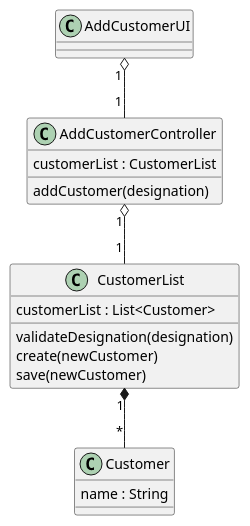
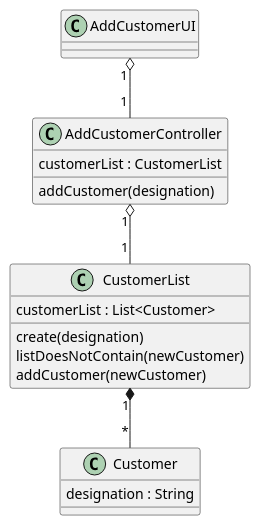
The diagram in docs/modelling_design/user_stories/us009/US009_AddACustomerCD.puml (ivo-menezes/project_g3), drawn with PlantUML before and after one commit. The commit also changed 1 other file, not shown here.

```diff
--- a/docs/modelling_design/user_stories/us009/US009_AddACustomerCD.puml
+++ b/docs/modelling_design/user_stories/us009/US009_AddACustomerCD.puml
@@ -1,41 +1,41 @@
 @startuml
 
 class AddCustomerUI {}
 
 class AddCustomerController {
 customerList : CustomerList
 addCustomer(designation)
 }
 
 'class Services {
 'customerList : CustomerList
 'customerList : CustomerList
 'addACustomer(name)
 '}
 
 class CustomerList {
 customerList : List<Customer>
-validateDesignation(designation)
-create(newCustomer)
-save(newCustomer)
+create(designation)
+listDoesNotContain(newCustomer)
+addCustomer(newCustomer)
 
 
 
 
 }
 
 'class CustomerDTO {
 'name : String
 '}
 
 class Customer {
-name : String
+designation : String
 }
 
 AddCustomerUI "     1" o-- "        1" AddCustomerController
 AddCustomerController "     1" o-- "        1" CustomerList
 CustomerList "  1" *-- "   *" Customer
 'CustomerList ..> CustomerDTO
 'CustomerDTO..>Customer
 
 @enduml
```
